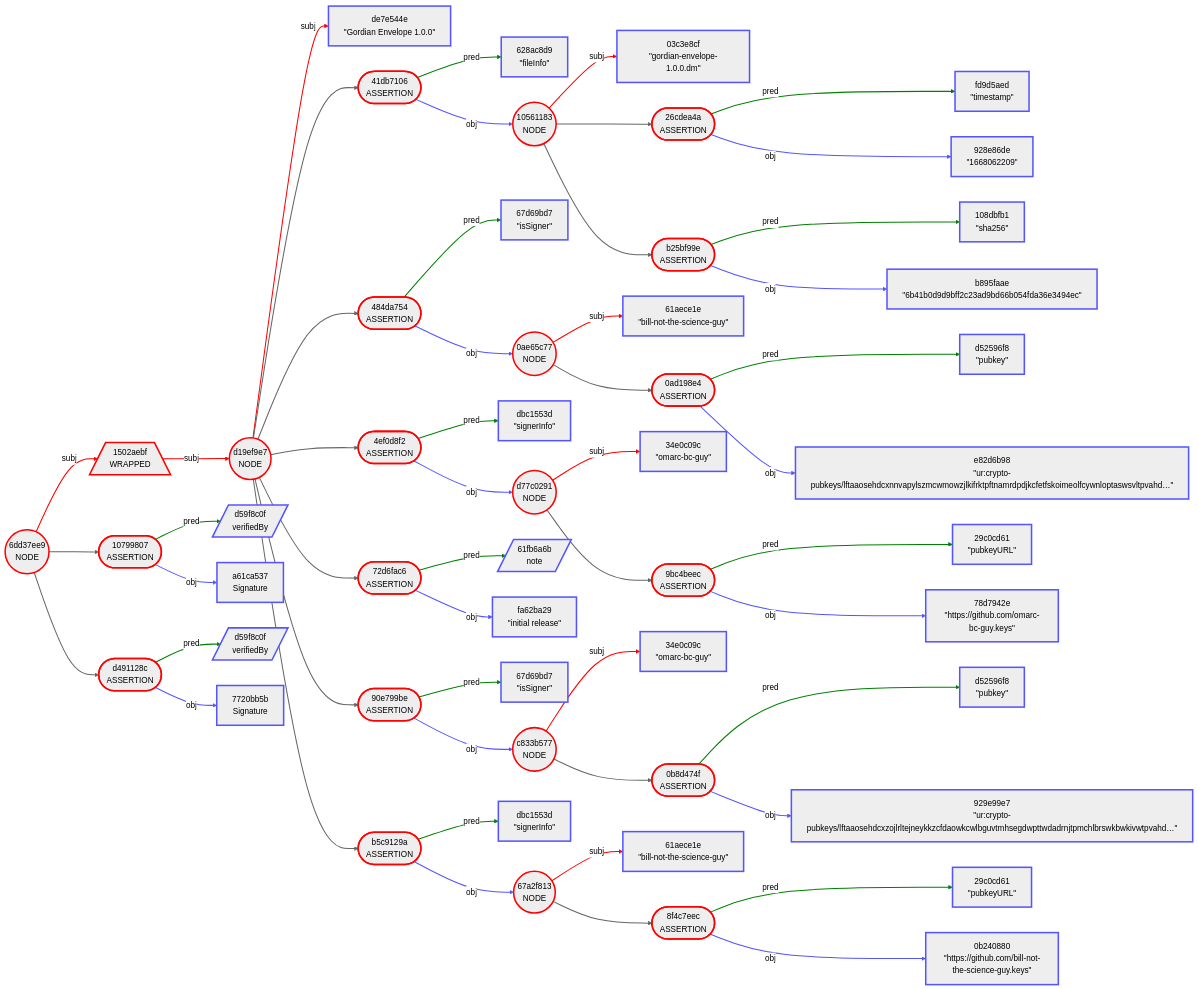
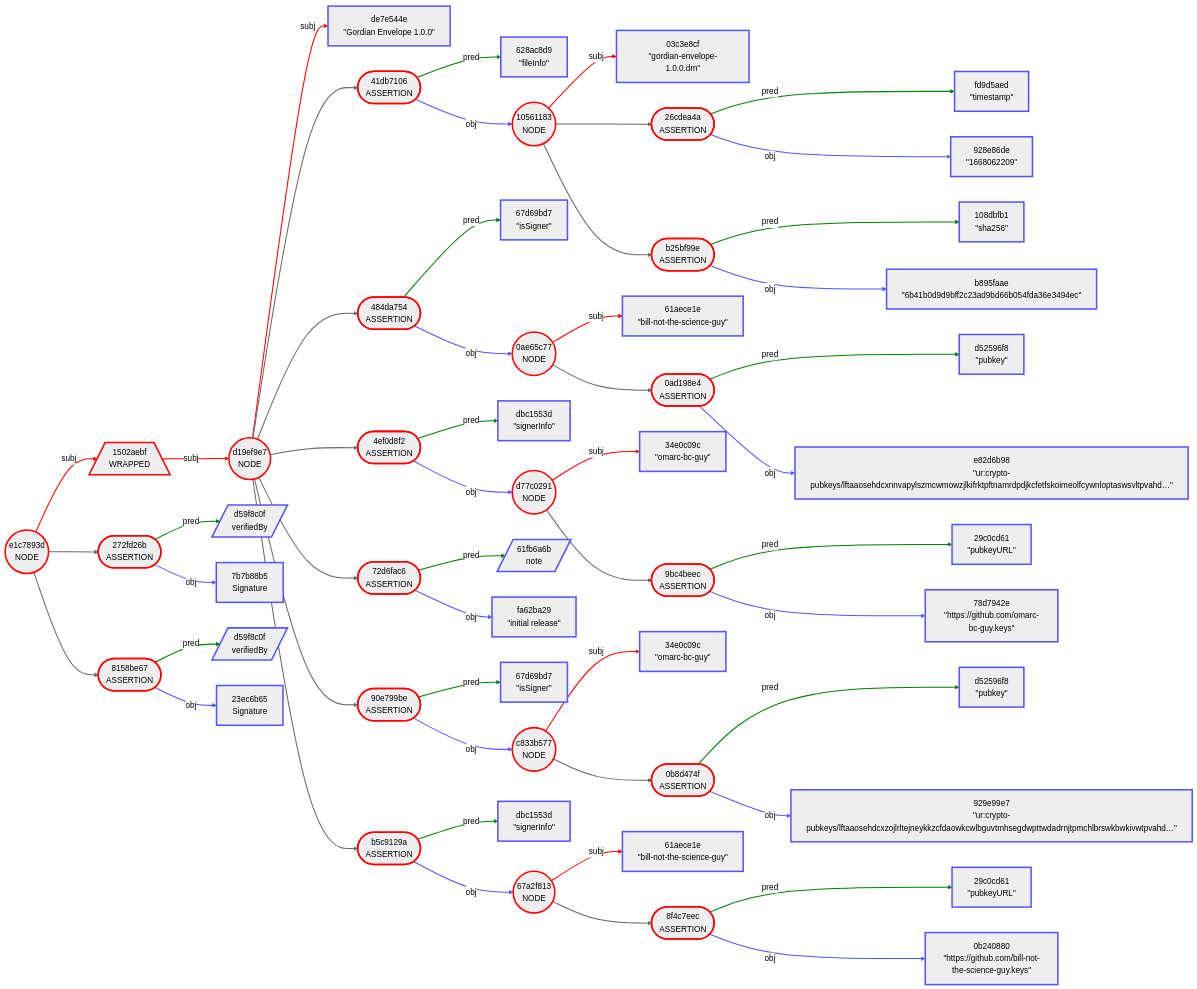
One commit to BlockchainCommons/Gordian changed the third of 9 diagrams in Docs/Envelope-Use-Cases-Software.md. Above: the diagram before and after it, drawn with Mermaid (neutral theme). The commit also changed other lines of this file, not shown here.

````diff
--- a/Docs/Envelope-Use-Cases-Software.md
+++ b/Docs/Envelope-Use-Cases-Software.md
@@ -391,6 +391,6 @@
 ```mermaid
 graph LR
-    1(("6dd37ee9<br/>NODE"))
+    1(("e1c7893d<br/>NODE"))
     2[/"1502aebf<br/>WRAPPED"\]
     3(("d19ef9e7<br/>NODE"))
     4["de7e544e<br/>#quot;Gordian Envelope 1.0.0#quot;"]
@@ -435,12 +435,12 @@
     43(["8f4c7eec<br/>ASSERTION"])
     44["29c0cd61<br/>#quot;pubkeyURL#quot;"]
     45["0b240880<br/>#quot;https://github.com/bill-not-the-science-guy.keys#quot;"]
-    46(["10799807<br/>ASSERTION"])
+    46(["272fd26b<br/>ASSERTION"])
     47[/"d59f8c0f<br/>verifiedBy"/]
-    48["a61ca537<br/>Signature"]
-    49(["d491128c<br/>ASSERTION"])
+    48["7b7b88b5<br/>Signature"]
+    49(["8158be67<br/>ASSERTION"])
     50[/"d59f8c0f<br/>verifiedBy"/]
-    51["7720bb5b<br/>Signature"]
+    51["23ec6b65<br/>Signature"]
     1 -->|subj| 2
     2 -->|subj| 3
     3 -->|subj| 4
@@ -592,5 +592,4 @@
     linkStyle 47 stroke-width:2.0px
     linkStyle 48 stroke:green,stroke-width:2.0px
     linkStyle 49 stroke:#55f,stroke-width:2.0px
-
 ```
````
